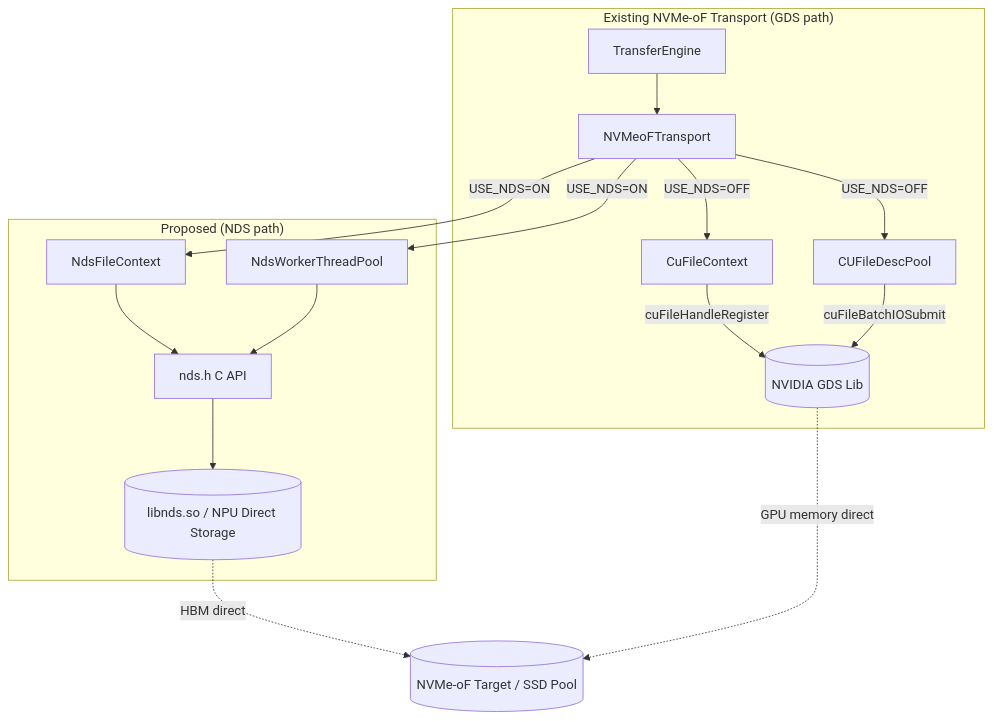
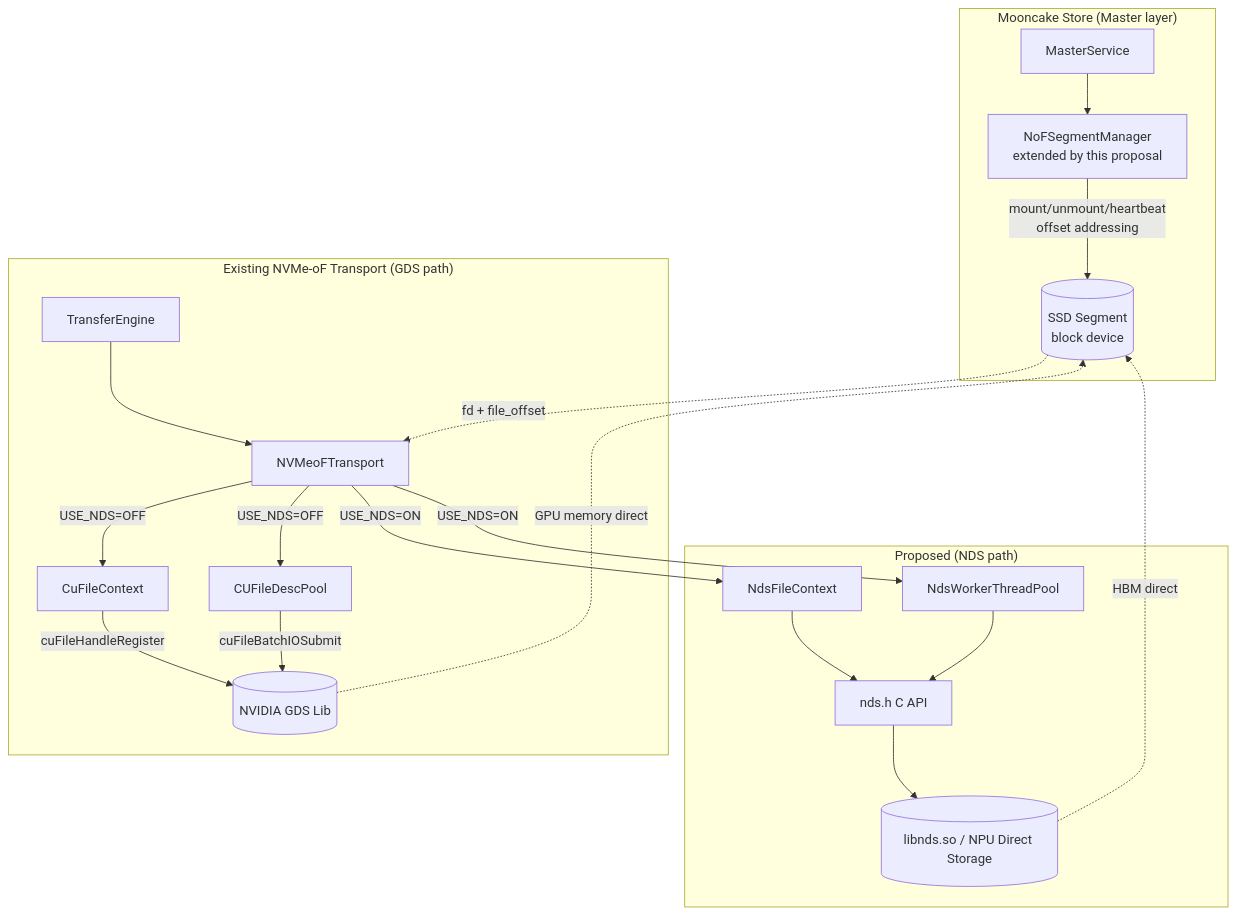
The first of 13 diagrams in docs/rfc-nds-nvmeof-transport-en.md (yz53665/Mooncake), drawn with Mermaid before and after one commit. The commit also changed other lines of this file and 1 other file, not shown here.

````diff
--- a/docs/rfc-nds-nvmeof-transport-en.md
+++ b/docs/rfc-nds-nvmeof-transport-en.md
@@ -55,27 +74,35 @@
 ```mermaid
 graph TB
+    subgraph Store["Mooncake Store (Master layer)"]
+        MS[MasterService]
+        NSM[NoFSegmentManager<br/>extended by this proposal]
+        MS --> NSM
+        NSM -->|mount/unmount/heartbeat<br/>offset addressing| SEG[(SSD Segment<br/>block device)]
+    end
+
     subgraph Existing["Existing NVMe-oF Transport (GDS path)"]
         TE[TransferEngine]
         NVT[NVMeoFTransport]
         CFC[CuFileContext]
         CDP[CUFileDescPool]
         TE --> NVT
         NVT -->|USE_NDS=OFF| CFC
         NVT -->|USE_NDS=OFF| CDP
         CFC -->|cuFileHandleRegister| GDS[(NVIDIA GDS Lib)]
         CDP -->|cuFileBatchIOSubmit| GDS
     end
 
     subgraph Proposed["Proposed (NDS path)"]
         NDS_CTX[NdsFileContext]
         NDS_API[nds.h C API]
         NVT -->|USE_NDS=ON| NDS_CTX
         NVT -->|USE_NDS=ON| TP[NdsWorkerThreadPool]
         NDS_CTX --> NDS_API
         TP --> NDS_API
         NDS_API --> NDSL[(libnds.so / NPU Direct Storage)]
     end
 
-    NDSL -.HBM direct.-> NVME[(NVMe-oF Target / SSD Pool)]
-    GDS -.GPU memory direct.-> NVME
+    SEG -. fd + file_offset .-> NVT
+    NDSL -.HBM direct.-> SEG
+    GDS -.GPU memory direct.-> SEG
 ```
````
